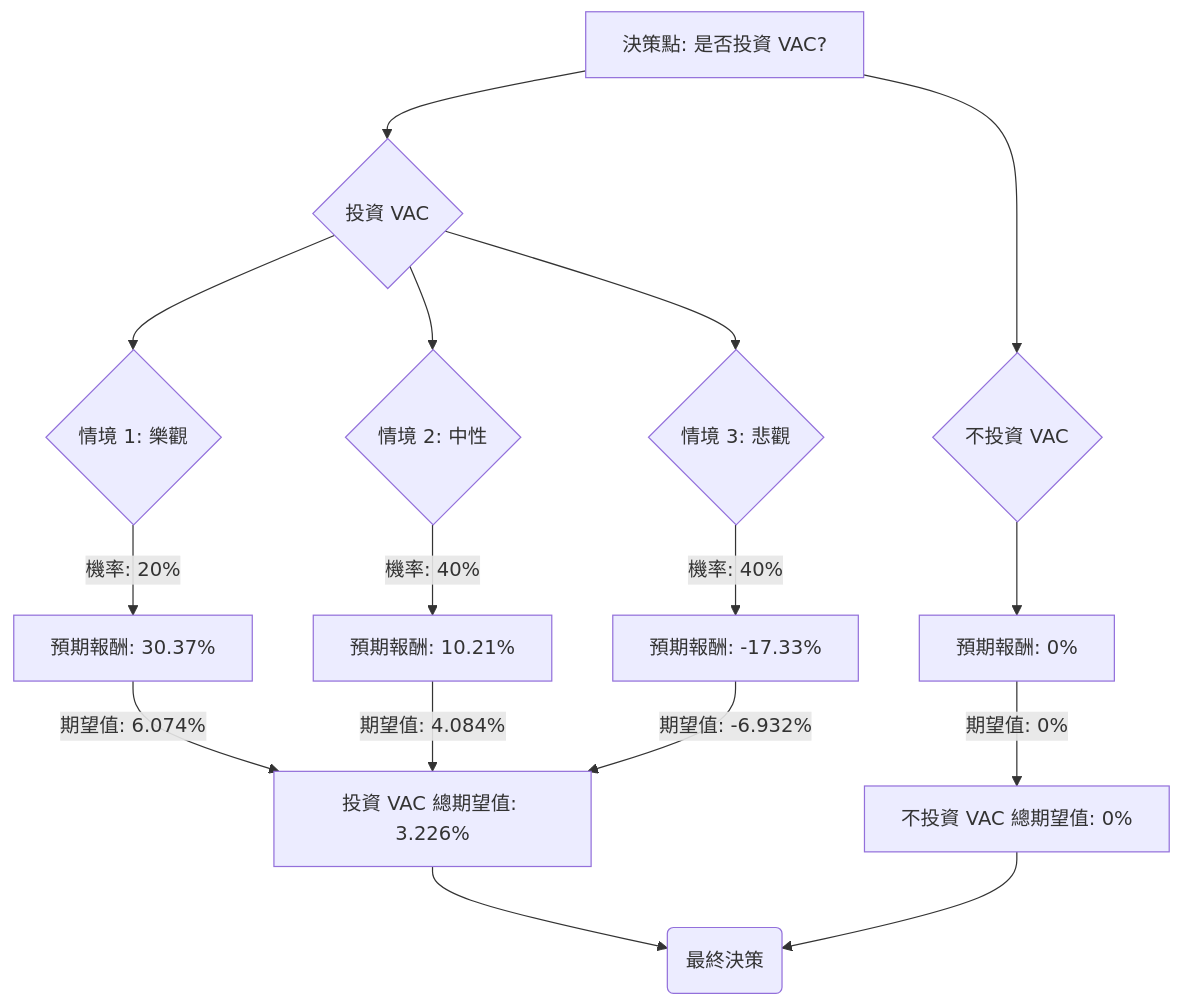
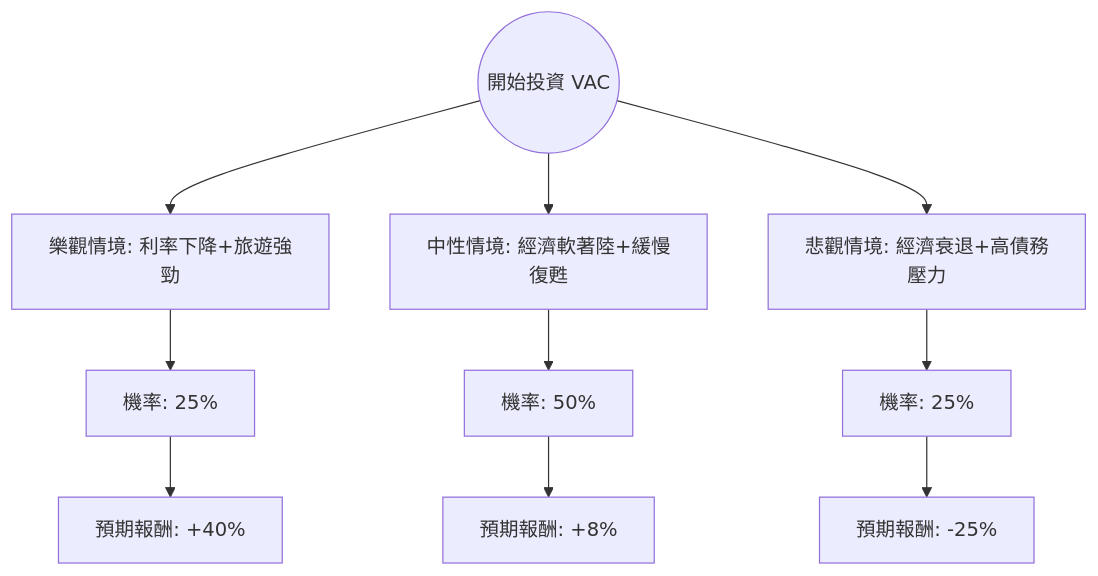
The diagram in plugin-react/ai-analysis/ev-analysis/VAC.md (zmcx16/zmcx16.github.io), drawn with Mermaid before and after one commit. The commit also changed other lines of this file and 74 other files, not shown here.

````diff
--- a/plugin-react/ai-analysis/ev-analysis/VAC.md
+++ b/plugin-react/ai-analysis/ev-analysis/VAC.md
@@ -123,23 +19,15 @@
 ```mermaid
 graph TD
-    A[決策點: 是否投資 VAC?] --> B{投資 VAC}
-    A --> C{不投資 VAC}
+    Start((開始投資 VAC)) --> Bull[樂觀情境: 利率下降+旅遊強勁]
+    Start --> Base[中性情境: 經濟軟著陸+緩慢復甦]
+    Start --> Bear[悲觀情境: 經濟衰退+高債務壓力]
 
-    B --> D{情境 1: 樂觀}
-    D -- 機率: 20% --> D1[預期報酬: 30.37%]
-    D1 -- 期望值: 6.074% --> B_EV[投資 VAC 總期望值: 3.226%]
+    Bull --> Bull_P[機率: 25%]
+    Bull_P --> Bull_EV[預期報酬: +40%]
 
-    B --> E{情境 2: 中性}
-    E -- 機率: 40% --> E1[預期報酬: 10.21%]
-    E1 -- 期望值: 4.084% --> B_EV
+    Base --> Base_P[機率: 50%]
+    Base_P --> Base_EV[預期報酬: +8%]
 
-    B --> F{情境 3: 悲觀}
-    F -- 機率: 40% --> F1[預期報酬: -17.33%]
-    F1 -- 期望值: -6.932% --> B_EV
-
-    C --> C1[預期報酬: 0%]
-    C1 -- 期望值: 0% --> C_EV[不投資 VAC 總期望值: 0%]
-
-    B_EV --> G(最終決策)
-    C_EV --> G
+    Bear --> Bear_P[機率: 25%]
+    Bear_P --> Bear_EV[預期報酬: -25%]
 ```
````
